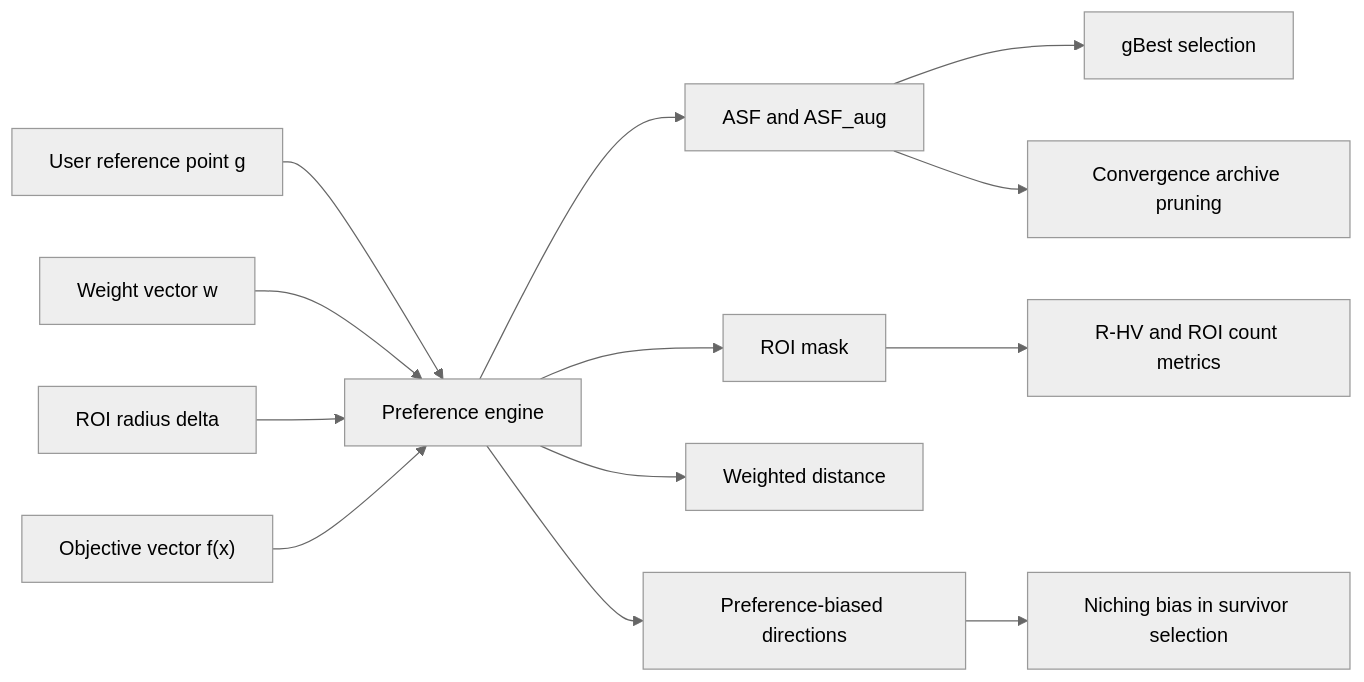
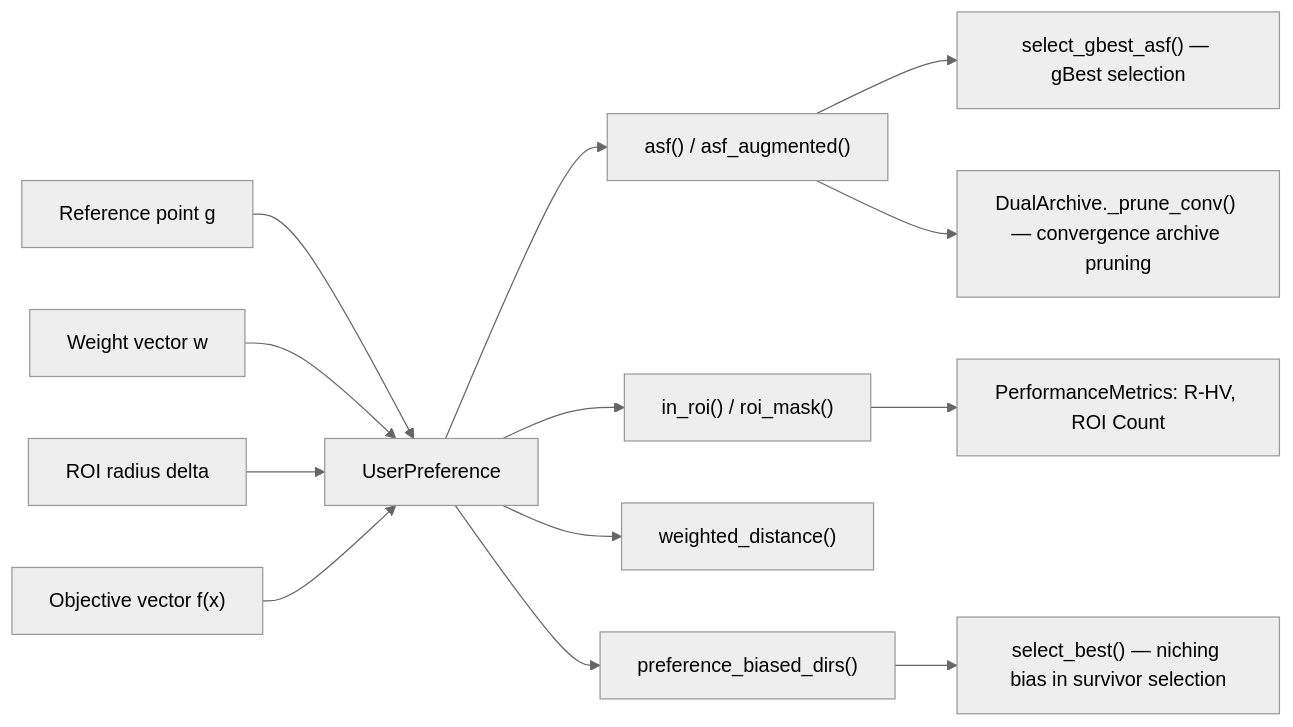
One commit to nmhieu981/vrptw-for-pisso changed the seventh of 8 diagrams in q1_diagrams_mermaid.md. Above: the diagram before and after it, drawn with Mermaid (neutral theme). The commit also changed other lines of this file, not shown here.

````diff
--- a/q1_diagrams_mermaid.md
+++ b/q1_diagrams_mermaid.md
@@ -158,18 +297,18 @@
 ```mermaid
 flowchart LR
-    A["User reference point g"] --> D["Preference engine"]
+    A["Reference point g"] --> D["UserPreference"]
     B["Weight vector w"] --> D
     C["ROI radius delta"] --> D
 
     O["Objective vector f(x)"] --> D
 
-    D --> E["ASF and ASF_aug"]
-    D --> F["ROI mask"]
-    D --> G["Weighted distance"]
-    D --> H["Preference-biased directions"]
+    D --> E["asf() / asf_augmented()"]
+    D --> F["in_roi() / roi_mask()"]
+    D --> G["weighted_distance()"]
+    D --> H["preference_biased_dirs()"]
 
-    E --> I["gBest selection"]
-    E --> J["Convergence archive pruning"]
-    F --> K["R-HV and ROI count metrics"]
-    H --> L["Niching bias in survivor selection"]
+    E --> I["select_gbest_asf() — gBest selection"]
+    E --> J["DualArchive._prune_conv() — convergence archive pruning"]
+    F --> K["PerformanceMetrics: R-HV, ROI Count"]
+    H --> L["select_best() — niching bias in survivor selection"]
 ```
````
